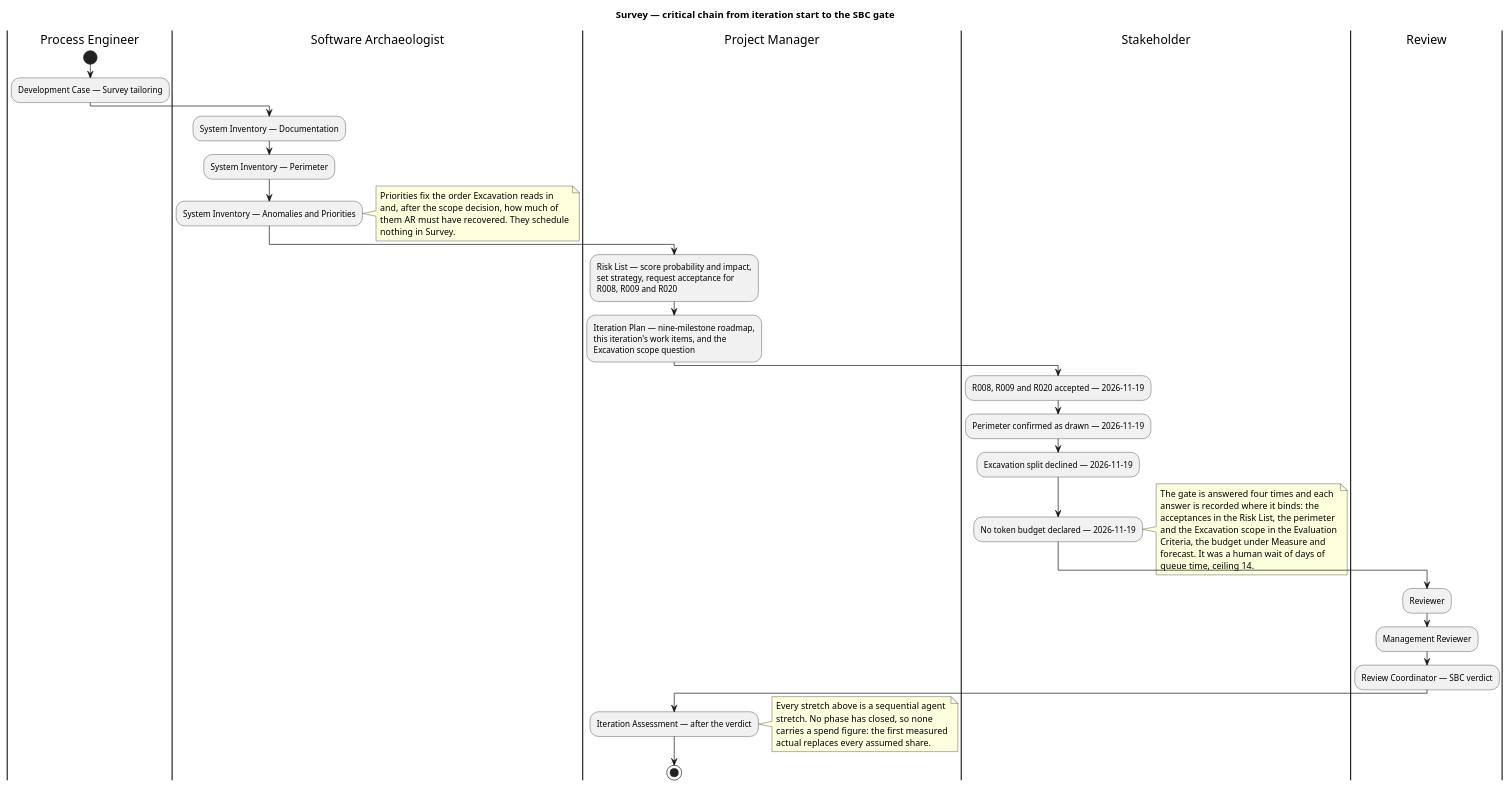
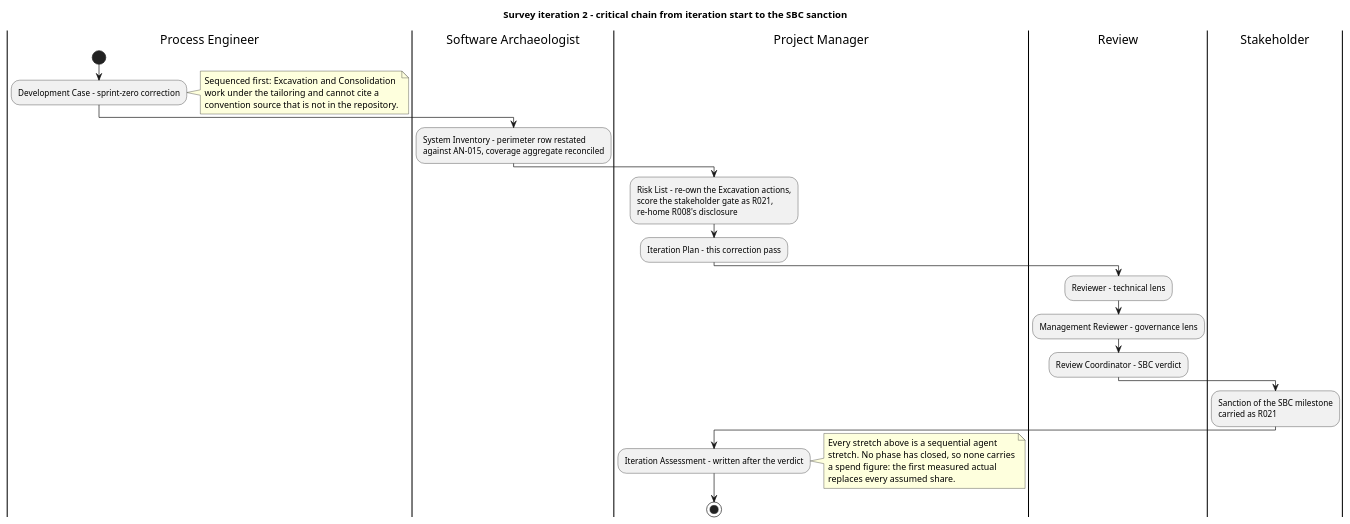
The third of 3 diagrams in docs/artifacts/project-management/iteration-plan.md (banense-test/TodoApp), drawn with PlantUML before and after one commit. The commit also changed other lines of this file, not shown here.

First line of the commit message:
Project Manager [Survey2]: upsert Iteration Plan

````diff
--- a/docs/artifacts/project-management/iteration-plan.md
+++ b/docs/artifacts/project-management/iteration-plan.md
@@ -177,60 +176,45 @@
 ```plantuml
 @startuml
-title Survey — critical chain from iteration start to the SBC gate
+title Survey iteration 2 - critical chain from iteration start to the SBC sanction
 skinparam shadowing false
 skinparam defaultTextAlignment left
 
 |Process Engineer|
 start
-:Development Case — Survey tailoring;
+:Development Case - sprint-zero correction;
+note right
+  Sequenced first: Excavation and Consolidation
+  work under the tailoring and cannot cite a
+  convention source that is not in the repository.
+end note
 
 |Software Archaeologist|
-:System Inventory — Documentation;
-:System Inventory — Perimeter;
-:System Inventory — Anomalies and Priorities;
-note right
-  Priorities fix the order Excavation reads in
-  and, after the scope decision, how much of
-  them AR must have recovered. They schedule
-  nothing in Survey.
-end note
+:System Inventory - perimeter row restated
+against AN-015, coverage aggregate reconciled;
 
 |Project Manager|
-:Risk List — score probability and impact,
-set strategy, request acceptance for
-R008, R009 and R020;
-:Iteration Plan — nine-milestone roadmap,
-this iteration's work items, and the
-Excavation scope question;
+:Risk List - re-own the Excavation actions,
+score the stakeholder gate as R021,
+re-home R008's disclosure;
+:Iteration Plan - this correction pass;
+
+|Review|
+:Reviewer - technical lens;
+:Management Reviewer - governance lens;
+:Review Coordinator - SBC verdict;
 
 |Stakeholder|
-:R008, R009 and R020 accepted — 2026-11-19;
-:Perimeter confirmed as drawn — 2026-11-19;
-:Excavation split declined — 2026-11-19;
-:No token budget declared — 2026-11-19;
-note right
-  The gate is answered four times and each
-  answer is recorded where it binds: the
-  acceptances in the Risk List, the perimeter
-  and the Excavation scope in the Evaluation
-  Criteria, the budget under Measure and
-  forecast. It was a human wait of days of
-  queue time, ceiling 14.
-end note
-
-|Review|
-:Reviewer;
-:Management Reviewer;
-:Review Coordinator — SBC verdict;
+:Sanction of the SBC milestone
+carried as R021;
 
 |Project Manager|
-:Iteration Assessment — after the verdict;
+:Iteration Assessment - written after the verdict;
 note right
   Every stretch above is a sequential agent
-  stretch. No phase has closed, so none
-  carries a spend figure: the first measured
-  actual replaces every assumed share.
+  stretch. No phase has closed, so none carries
+  a spend figure: the first measured actual
+  replaces every assumed share.
 end note
 stop
 @enduml
 ```
````
